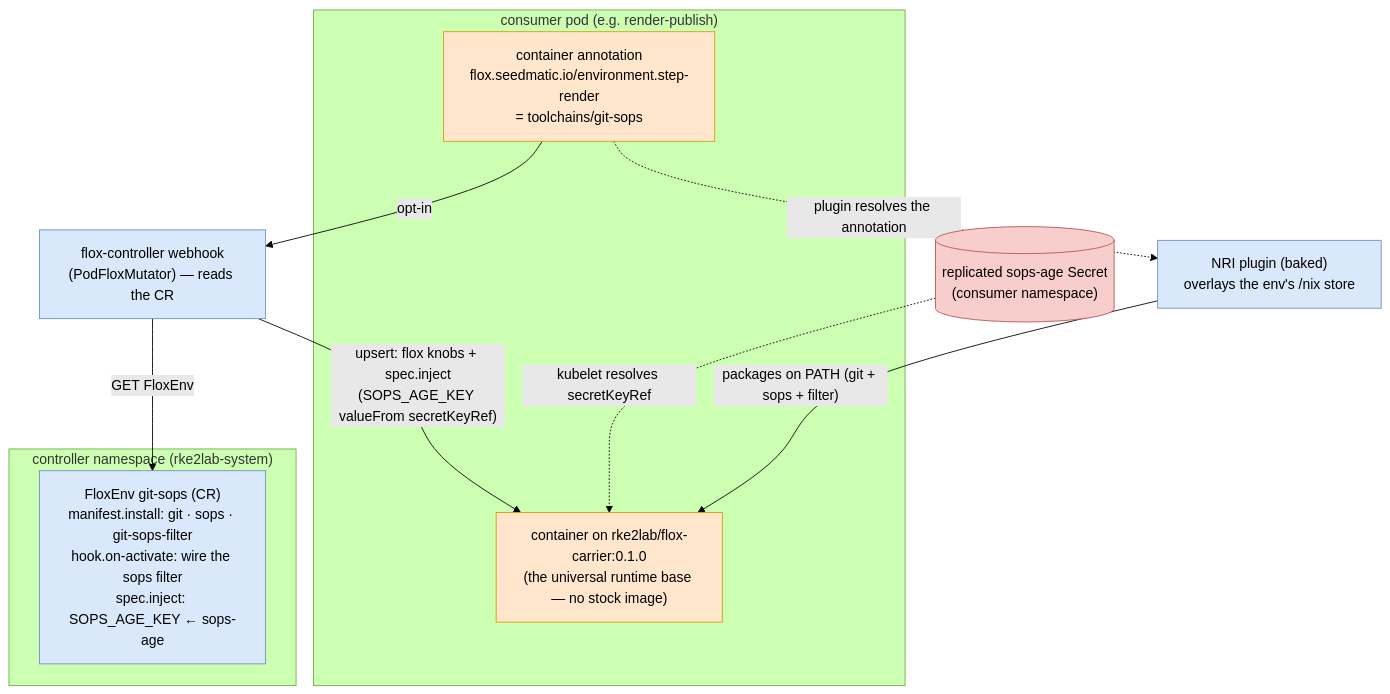
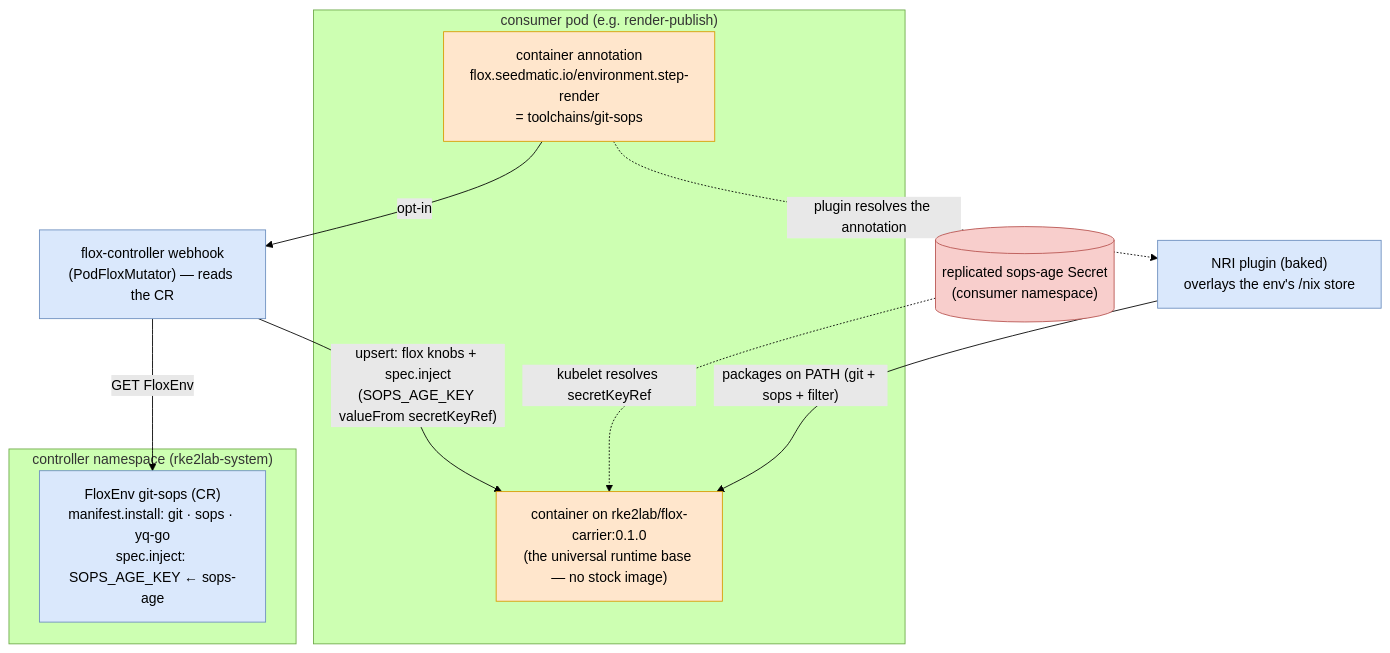
Before and after one commit to seedmatic/rke2lab: the second of 2 diagrams in docs/architecture/patterns/flox-store-resolved-runtime-and-builder.adoc, drawn with Mermaid (forest theme). The commit also changed other lines of this file and 8 other files, not shown here.

First line of the commit message:
fix(flox): the git-sops env carries sops and the age key, no git filter

```diff
--- a/docs/architecture/patterns/flox-store-resolved-runtime-and-builder.adoc
+++ b/docs/architecture/patterns/flox-store-resolved-runtime-and-builder.adoc
@@ -395,25 +395,25 @@
 [mermaid]
 ....
 flowchart TB
   subgraph consumer["consumer pod (e.g. render-publish)"]
     ann["container annotation<br/>flox.seedmatic.io/environment.step-render<br/>= toolchains/git-sops"]:::mut
     ctr["container on rke2lab/flox-carrier:0.1.0<br/>(the universal runtime base — no stock image)"]:::mut
   end
   subgraph ctlns["controller namespace (rke2lab-system)"]
-    cr["FloxEnv git-sops (CR)<br/>manifest.install: git · sops · git-sops-filter<br/>hook.on-activate: wire the sops filter<br/>spec.inject: SOPS_AGE_KEY ← sops-age"]:::code
+    cr["FloxEnv git-sops (CR)<br/>manifest.install: git · sops · yq-go<br/>spec.inject: SOPS_AGE_KEY ← sops-age"]:::code
   end
   wh["flox-controller webhook<br/>(PodFloxMutator) — reads the CR"]:::code
   nri["NRI plugin (baked)<br/>overlays the env's /nix store"]:::code
   sec[("replicated sops-age Secret<br/>(consumer namespace)")]:::secret
 
   ann -->|opt-in| wh
   wh -->|GET FloxEnv| cr
   wh -->|"upsert: flox knobs + spec.inject<br/>(SOPS_AGE_KEY valueFrom secretKeyRef)"| ctr
   ann -.->|plugin resolves the annotation| nri
   nri -->|"packages on PATH (git + sops + filter)"| ctr
   sec -.->|kubelet resolves secretKeyRef| ctr
 
   classDef code fill:#dae8fc,stroke:#6c8ebf
   classDef mut fill:#ffe6cc,stroke:#d79b00
   classDef secret fill:#f8cecc,stroke:#b85450
 ....
```
